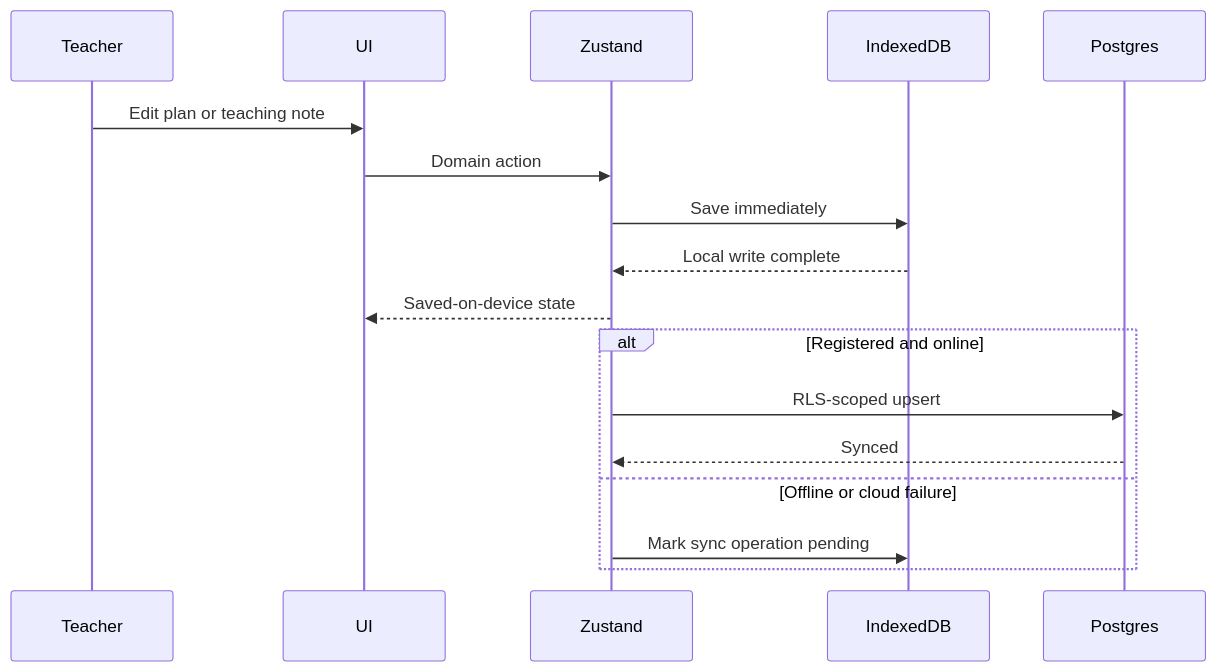
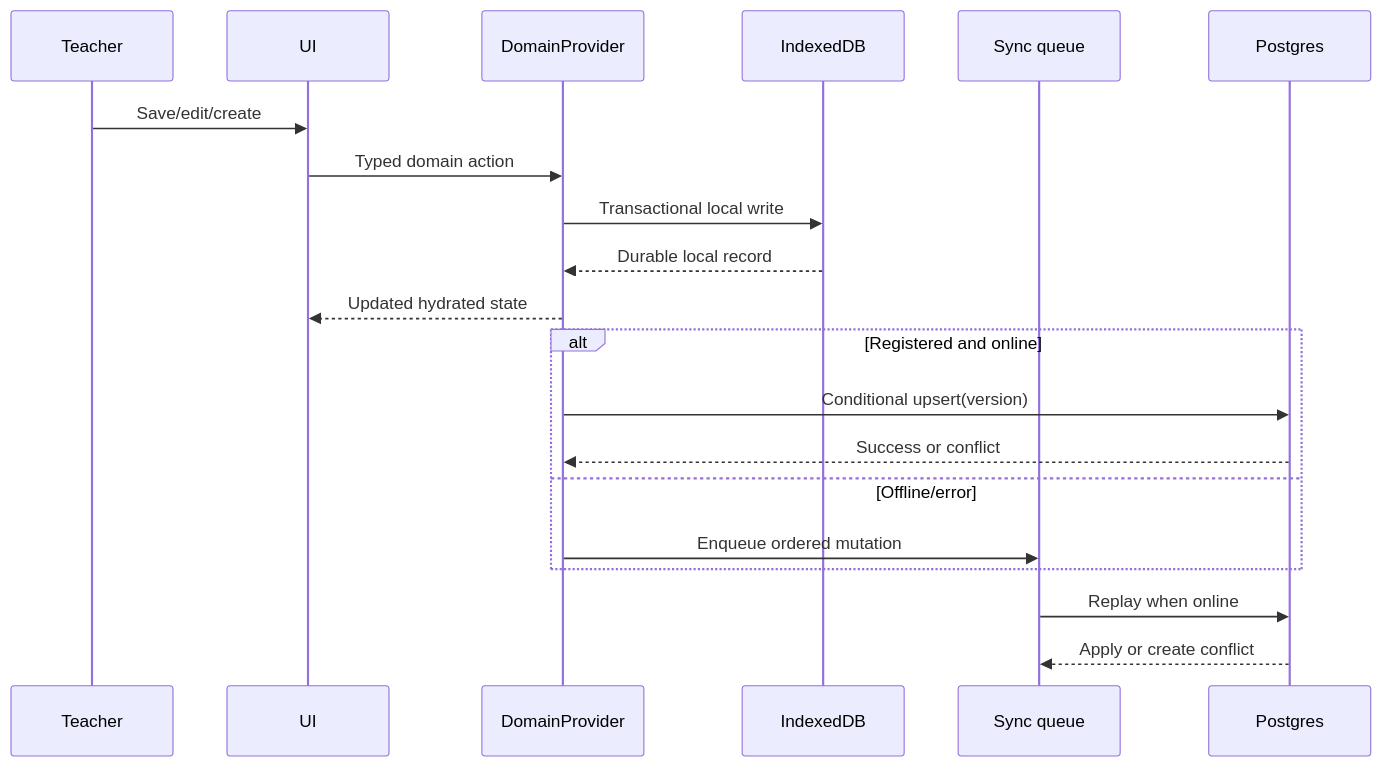
One commit to harshawardhanchitnis/Omnikon_Hackathon_Harshawardhan_Chitnis changed the second of 4 diagrams in docs/ARCHITECTURE.md. Above: the diagram before and after it, drawn with Mermaid. The commit also changed other lines of this file and 85 other files, not shown here.

````diff
--- a/docs/ARCHITECTURE.md
+++ b/docs/ARCHITECTURE.md
@@ -61,20 +58,23 @@
 ```mermaid
 sequenceDiagram
   participant T as Teacher
   participant U as UI
-  participant S as Zustand
+  participant D as DomainProvider
   participant I as IndexedDB
+  participant Q as Sync queue
   participant P as Postgres
 
-  T->>U: Edit plan or teaching note
-  U->>S: Domain action
-  S->>I: Save immediately
-  I-->>S: Local write complete
-  S-->>U: Saved-on-device state
+  T->>U: Save/edit/create
+  U->>D: Typed domain action
+  D->>I: Transactional local write
+  I-->>D: Durable local record
+  D-->>U: Updated hydrated state
   alt Registered and online
-    S->>P: RLS-scoped upsert
-    P-->>S: Synced
-  else Offline or cloud failure
-    S->>I: Mark sync operation pending
+    D->>P: Conditional upsert(version)
+    P-->>D: Success or conflict
+  else Offline/error
+    D->>Q: Enqueue ordered mutation
   end
+  Q->>P: Replay when online
+  P-->>Q: Apply or create conflict
 ```
````
